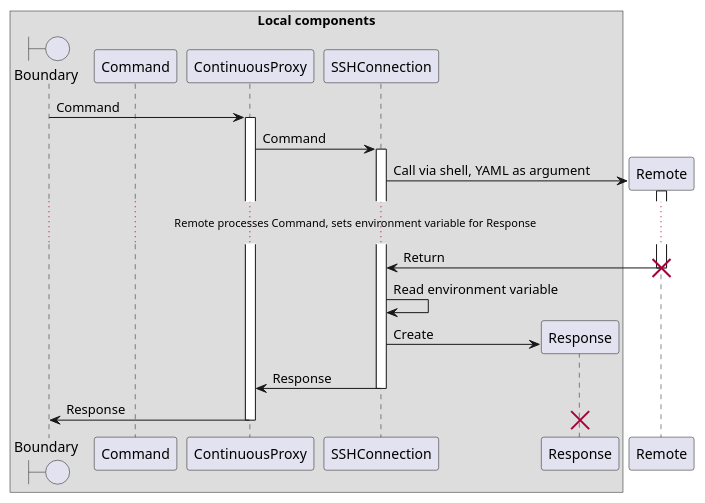
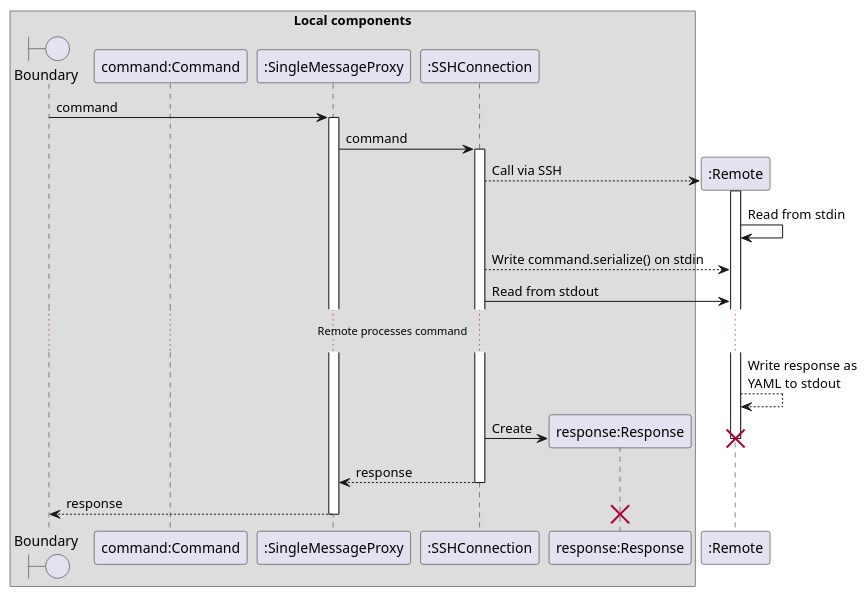
Before and after one commit to DistributedTaskScheduling/documentation: the diagram in design/sequence/proxy-continuous.puml, drawn with PlantUML. The commit also changed 2 other files, not shown here.

Commit message:
fixup! Revised proxy sequence diagrams: MessageHandler, envornment variables

```diff
--- a/design/sequence/proxy-continuous.puml
+++ b/design/sequence/proxy-continuous.puml
@@ -1,30 +1,33 @@
 @startuml
 
 'This file is the same as proxy-one-message.puml except the SSHConnection is continuous 
 'instead of created/destroyed for each Message.
 
 box "Local components"
     boundary Boundary
-    participant Command
-    participant ContinuousProxy as Proxy
-    participant SSHConnection
-    participant Response
+    participant "command:Command" as Command
+    participant ":SingleMessageProxy" as Proxy
+    participant ":SSHConnection" as SSHConnection
+    participant "response:Response" as Response
 end box
+participant ":Remote" as Remote
 
-Boundary -> Proxy ++ : Command
+Boundary -> Proxy ++ : command
 'Proxy -> SSHConnection ** : Create
-Proxy -> SSHConnection ++ : Command
-SSHConnection -> Remote ** : Call via shell, YAML as argument
+Proxy -> SSHConnection ++ : command
+SSHConnection --> Remote ** : Call via SSH
 activate Remote
-... Remote processes Command, sets environment variable for Response ...
-SSHConnection <- Remote -- : Return
+Remote -> Remote : Read from stdin
+SSHConnection --> Remote : Write command.serialize() on stdin
+SSHConnection -> Remote : Read from stdout
+... Remote processes command ...
+Remote --> Remote : Write response as \nYAML to stdout
+SSHConnection -> Response ** : Create
 destroy Remote
-SSHConnection -> SSHConnection: Read environment variable
-SSHConnection -> Response ** : Create
-Proxy <- SSHConnection -- : Response
-'Proxy -> SSHConnection !!
-Boundary <- Proxy -- : Response
+Proxy <-- SSHConnection -- : response
+'Proxy -> SSHConnection !! : Close
+Boundary <-- Proxy -- : response
 
 destroy Response
 
 @enduml
```
